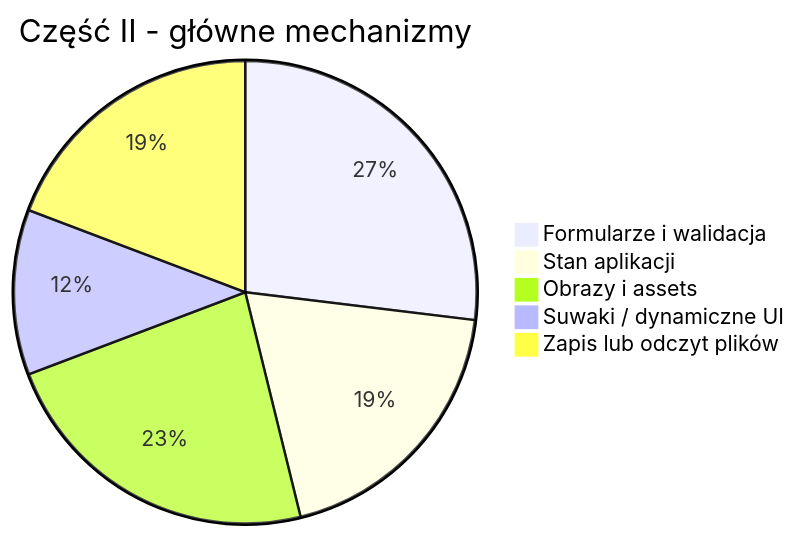
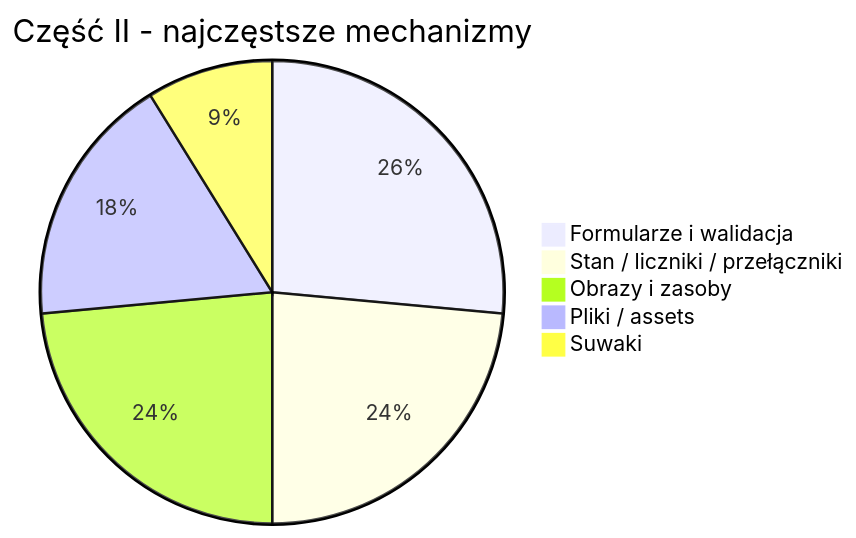
One commit to kacperbogusz/zse-inf04 changed the second of 2 diagrams in arkusze/analiza/czesc-2/analina-codex.md. Above: the diagram before and after it, drawn with Mermaid. The commit also changed other lines of this file and 16 other files, not shown here.

````diff
--- a/arkusze/analiza/czesc-2/analina-codex.md
+++ b/arkusze/analiza/czesc-2/analina-codex.md
@@ -264,8 +290,8 @@
 ```mermaid
-pie title Część II - główne mechanizmy
-    "Formularze i walidacja" : 7
-    "Stan aplikacji" : 5
-    "Obrazy i assets" : 6
-    "Suwaki / dynamiczne UI" : 3
-    "Zapis lub odczyt plików" : 5
+pie title Część II - najczęstsze mechanizmy
+    "Formularze i walidacja" : 9
+    "Stan / liczniki / przełączniki" : 8
+    "Obrazy i zasoby" : 8
+    "Pliki / assets" : 6
+    "Suwaki" : 3
 ```
````
